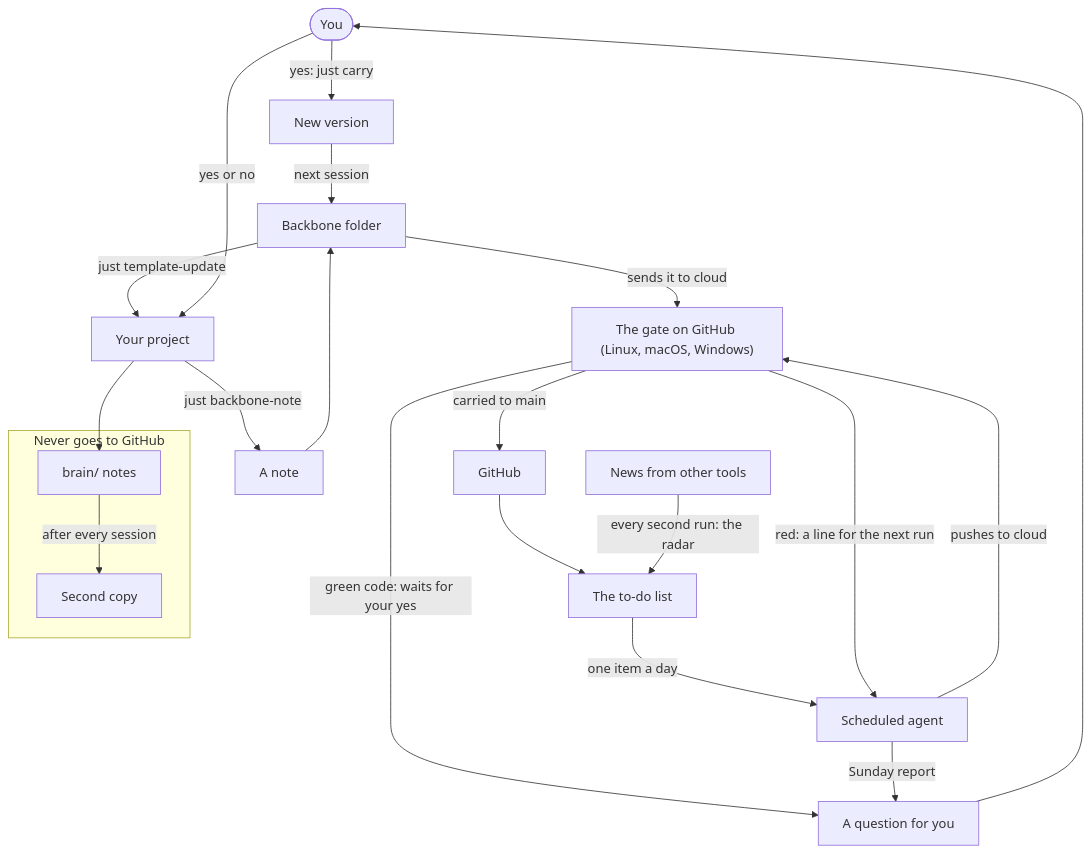
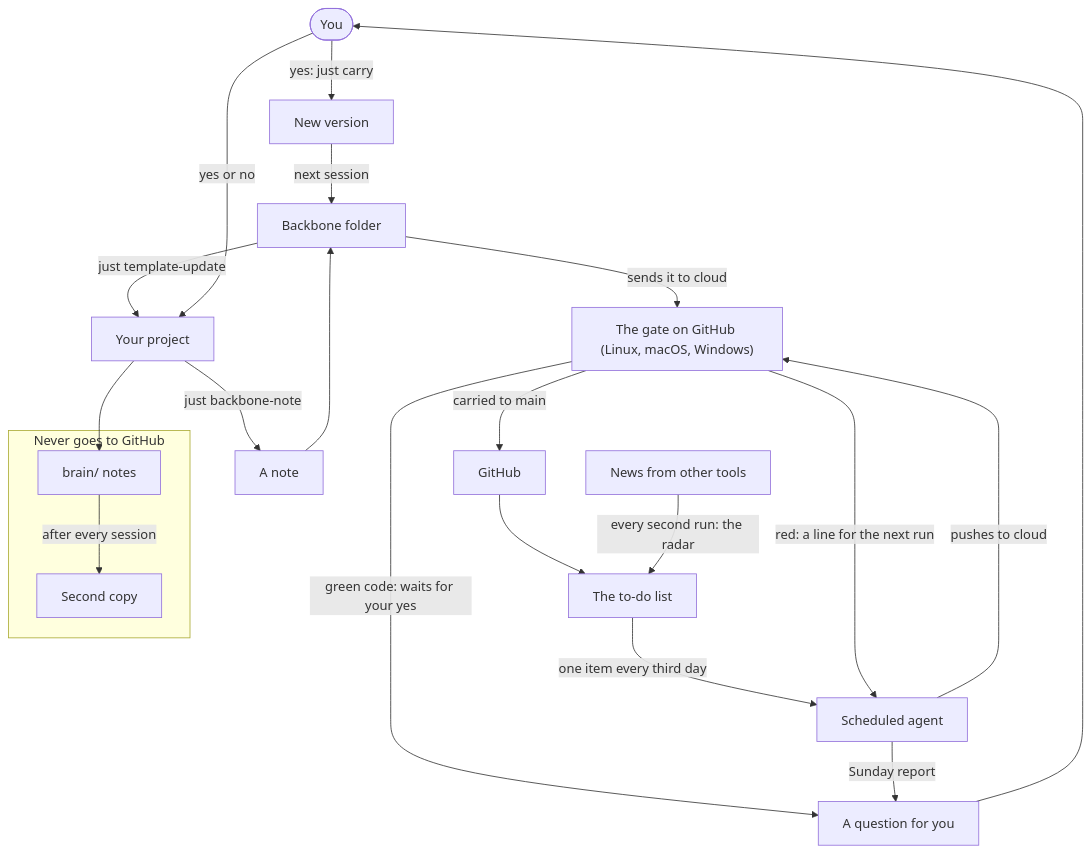
One commit to yerlytech/ai-backbone changed the first of 2 diagrams in docs/how-it-works.md. Above: the diagram before and after it, drawn with Mermaid. The commit also changed other lines of this file and 9 other files, not shown here.

````diff
--- a/docs/how-it-works.md
+++ b/docs/how-it-works.md
@@ -9,40 +9,40 @@
 ```mermaid
 flowchart TD
     you(["You"])
     proj["Your project"]
     memo["A note"]
     folder["Backbone folder"]
     hub["GitHub"]
     todo["The to-do list"]
     news["News from other tools"]
     agent["Scheduled agent"]
     gate["The gate on GitHub (Linux, macOS, Windows)"]
     ver["New version"]
     ask["A question for you"]
 
     subgraph kept ["Never goes to GitHub"]
         brain["brain/ notes"]
         spare["Second copy"]
     end
 
     proj -->|"just backbone-note"| memo
     memo --> folder
     folder -->|"sends it to cloud"| gate
     gate -->|"carried to main"| hub
     hub --> todo
     news -->|"every second run: the radar"| todo
-    todo -->|"one item a day"| agent
+    todo -->|"one item every third day"| agent
     agent -->|"pushes to cloud"| gate
     gate -->|"green code: waits for your yes"| ask
     you -->|"yes: just carry"| ver
     gate -->|"red: a line for the next run"| agent
     ver -->|"next session"| folder
     folder -->|"just template-update"| proj
 
     agent -->|"Sunday report"| ask
     ask --> you
     you -->|"yes or no"| proj
 
     proj --> brain
     brain -->|"after every session"| spare
 ```
````
